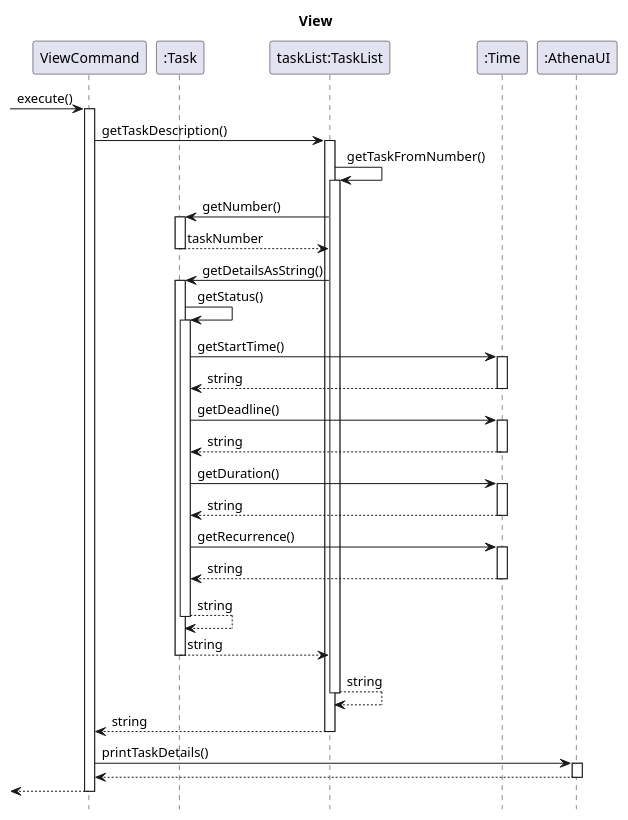
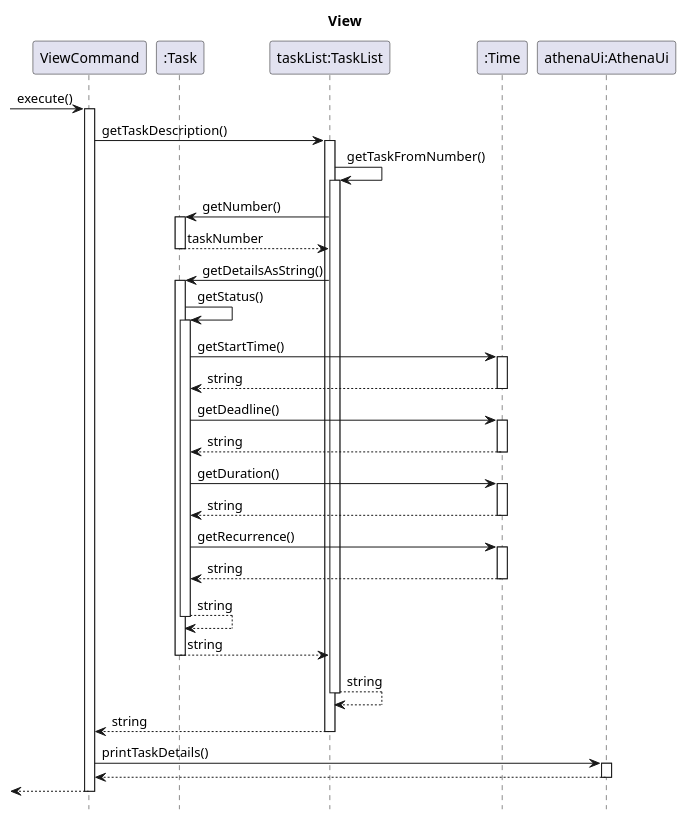
The diagram in docs/sequenceDiagrams/ViewCommand.puml (wish2023/tp), drawn with PlantUML before and after one commit. The commit also changed 7 other files, not shown here.

```diff
--- a/docs/sequenceDiagrams/ViewCommand.puml
+++ b/docs/sequenceDiagrams/ViewCommand.puml
@@ -1,39 +1,39 @@
 @startuml
 hide footbox
 title View
 
 
 ->ViewCommand++: execute()
 
 participant "command:ViewCommand" as ViewCommand
 participant ":Task" as Task
 participant "taskList:TaskList" as TaskList
 participant ":Time" as Time
-participant ":AthenaUI" as AthenaUI
+participant "athenaUi:AthenaUi" as AthenaUI
 
 ViewCommand->TaskList++: getTaskDescription()
 
 TaskList->TaskList++: getTaskFromNumber()
 
 TaskList->Task++:getNumber()
 return taskNumber
 TaskList->Task++:getDetailsAsString()
 Task->Task++:getStatus()
 
 Task->Time++:getStartTime()
 return string
 Task->Time++:getDeadline()
 return string
 Task->Time++:getDuration()
 return string
 Task->Time++:getRecurrence()
 return string
 return string
 return string
 return string
 return string
 ViewCommand->AthenaUI++: printTaskDetails()
 return
 <--ViewCommand--
 
 @enduml
```
